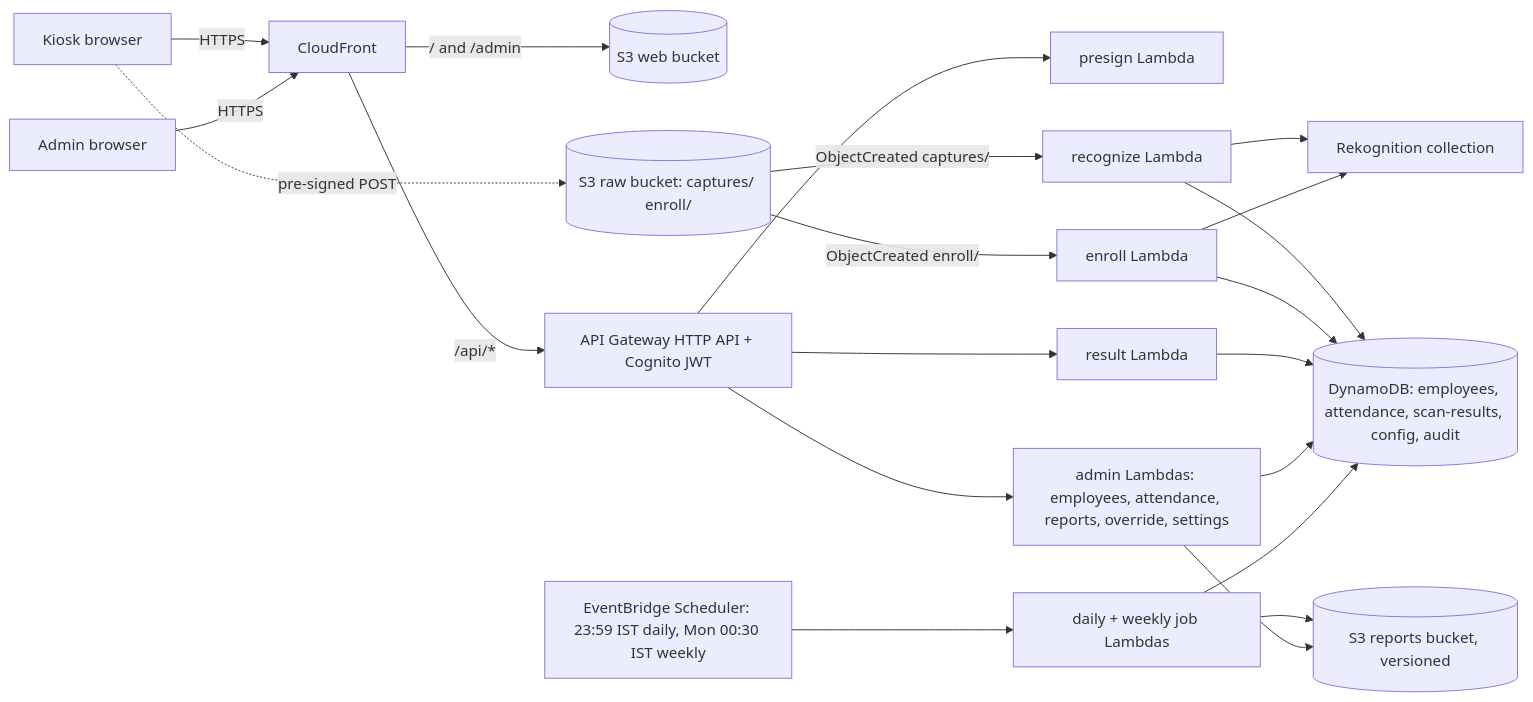
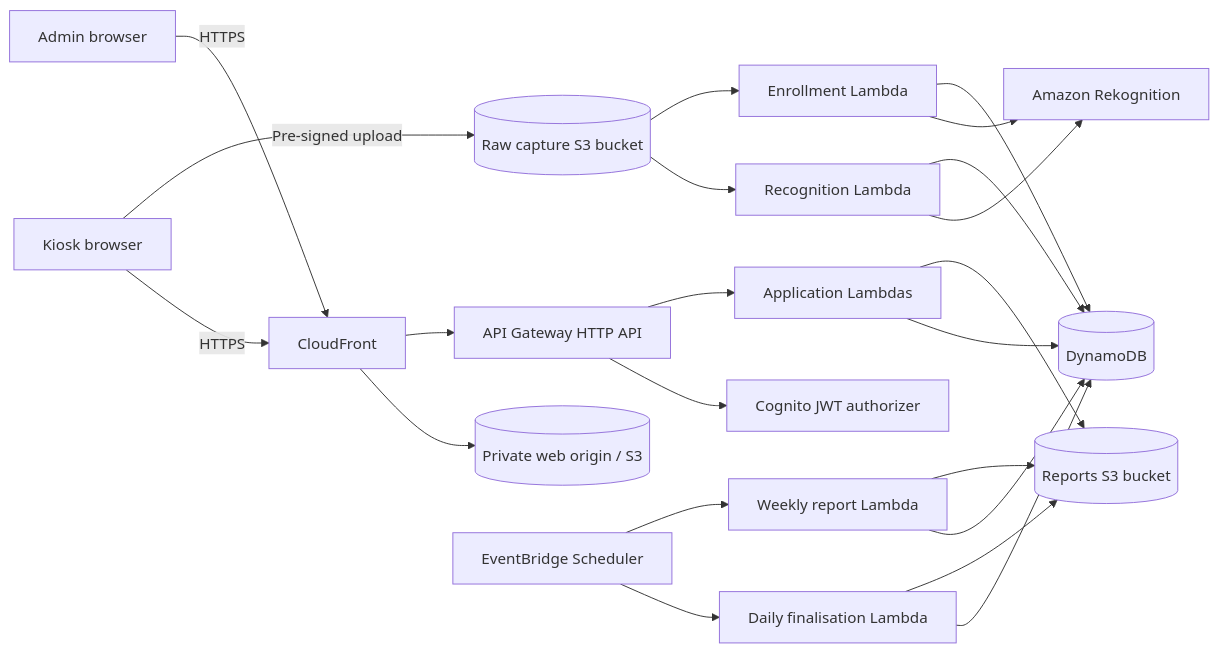
Before and after one commit to amit-cloudops-ai/attendance-face-recognition: the diagram in README.md, drawn with Mermaid. The commit also changed other lines of this file, not shown here.

Commit message:
Rewrite project README with product, architecture, screenshots and reporting documentation

````diff
--- a/README.md
+++ b/README.md
@@ -13,23 +68,24 @@
 ```mermaid
 flowchart LR
   K[Kiosk browser] -->|HTTPS| CF[CloudFront]
   AD[Admin browser] -->|HTTPS| CF
-  CF -->|"/ and /admin"| WEB[(S3 web bucket)]
-  CF -->|"/api/*"| API["API Gateway HTTP API + Cognito JWT"]
-  API --> PRE[presign Lambda]
-  API --> RESL[result Lambda]
-  API --> ADM["admin Lambdas: employees, attendance, reports, override, settings"]
-  K -.->|pre-signed POST| RAW[("S3 raw bucket: captures/ enroll/")]
-  RAW -->|"ObjectCreated captures/"| REC[recognize Lambda]
-  RAW -->|"ObjectCreated enroll/"| ENR[enroll Lambda]
-  REC --> RK[Rekognition collection]
+  CF --> WEB[(Private web origin / S3)]
+  CF --> API[API Gateway HTTP API]
+  API --> AUTH[Cognito JWT authorizer]
+  API --> L[Application Lambdas]
+  K -->|Pre-signed upload| RAW[(Raw capture S3 bucket)]
+  RAW --> REC[Recognition Lambda]
+  RAW --> ENR[Enrollment Lambda]
+  REC --> RK[Amazon Rekognition]
   ENR --> RK
-  REC --> DDB[("DynamoDB: employees, attendance, scan-results, config, audit")]
-  ENR --> DDB
-  RESL --> DDB
-  ADM --> DDB
-  SCH["EventBridge Scheduler: 23:59 IST daily, Mon 00:30 IST weekly"] --> JOBS[daily + weekly job Lambdas]
-  JOBS --> DDB
-  JOBS --> REP[("S3 reports bucket, versioned")]
-  ADM --> REP
+  REC --> DB[(DynamoDB)]
+  ENR --> DB
+  L --> DB
+  JOB[EventBridge Scheduler] --> DAILY[Daily finalisation Lambda]
+  JOB --> WEEKLY[Weekly report Lambda]
+  DAILY --> DB
+  WEEKLY --> DB
+  DAILY --> REPORTS[(Reports S3 bucket)]
+  WEEKLY --> REPORTS
+  L --> REPORTS
 ```
````
